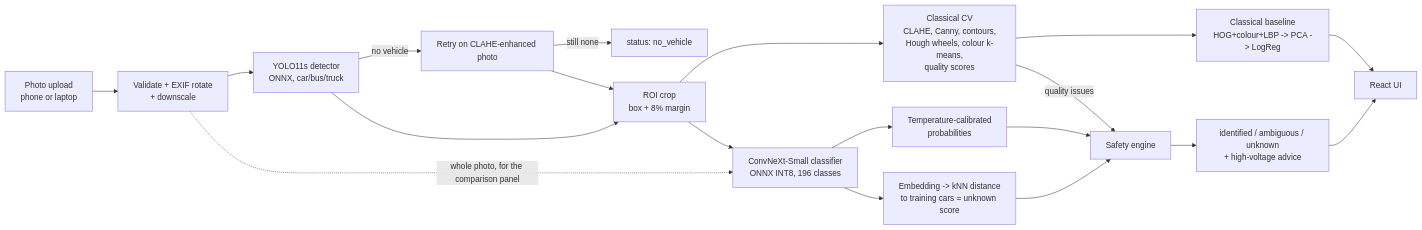
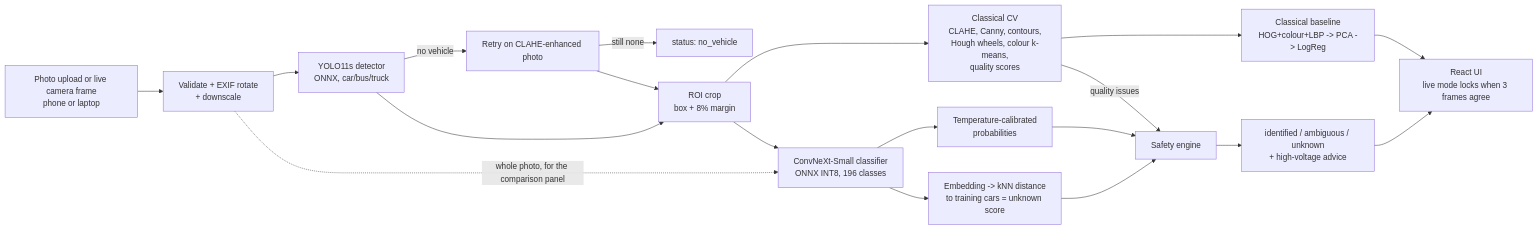
One commit to Priyanshu-senapati/Rescuelens changed the diagram in docs/design.md. Above: the diagram before and after it, drawn with Mermaid. The commit also changed other lines of this file and 12 other files, not shown here.

First line of the commit message:
docs: problem statistics, team roles, architecture PNG, viva sheets, field kit and demo recorder

````diff
--- a/docs/design.md
+++ b/docs/design.md
@@ -33,21 +47,21 @@
 ```mermaid
 flowchart LR
-    U[Photo upload<br/>phone or laptop] --> V[Validate + EXIF rotate<br/>+ downscale]
+    U[Photo upload or live camera frame<br/>phone or laptop] --> V[Validate + EXIF rotate<br/>+ downscale]
     V --> D[YOLO11s detector<br/>ONNX, car/bus/truck]
     D -- no vehicle --> D2[Retry on CLAHE-enhanced photo]
     D2 -- still none --> NV[status: no_vehicle]
     D --> R[ROI crop<br/>box + 8% margin]
     D2 --> R
     R --> C[Classical CV<br/>CLAHE, Canny, contours,<br/>Hough wheels, colour k-means,<br/>quality scores]
     R --> M[ConvNeXt-Small classifier<br/>ONNX INT8, 196 classes]
     V -. whole photo, for the comparison panel .-> M
     M --> P[Temperature-calibrated<br/>probabilities]
     M --> K[Embedding -> kNN distance<br/>to training cars = unknown score]
     C --> B[Classical baseline<br/>HOG+colour+LBP -> PCA -> LogReg]
     P --> S[Safety engine]
     K --> S
     C -- quality issues --> S
     S --> O[identified / ambiguous / unknown<br/>+ high-voltage advice]
-    O --> UI[React UI]
+    O --> UI[React UI<br/>live mode locks when 3 frames agree]
     B --> UI
 ```
````
